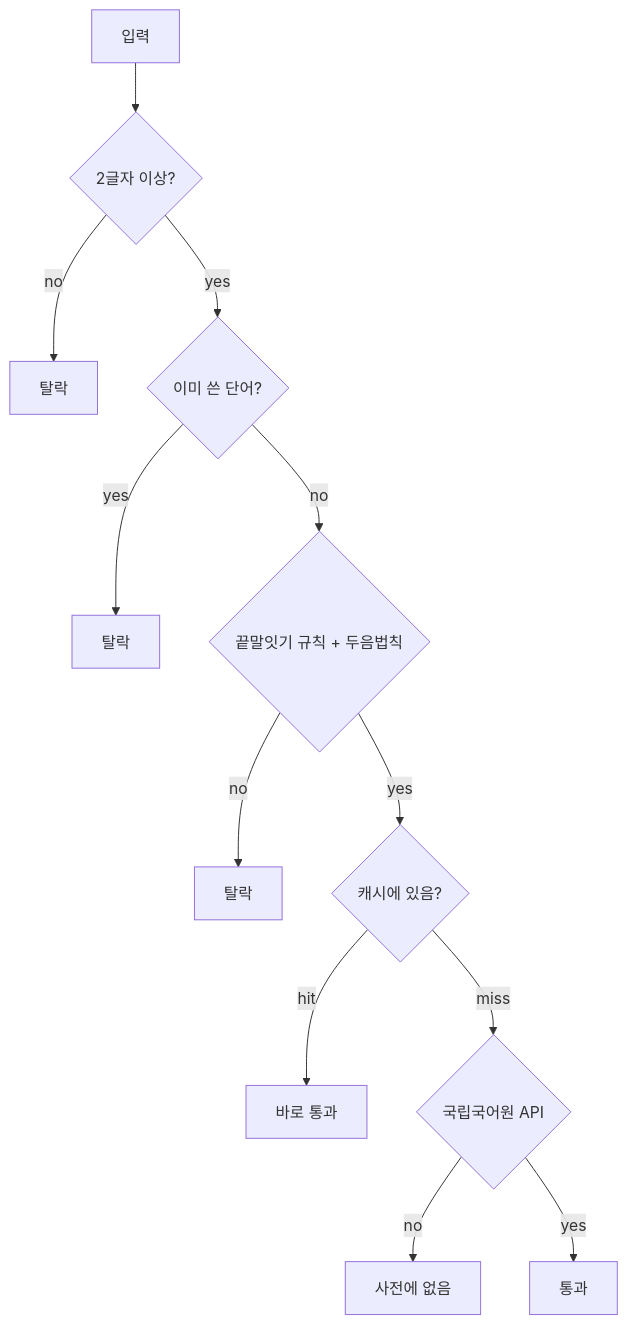
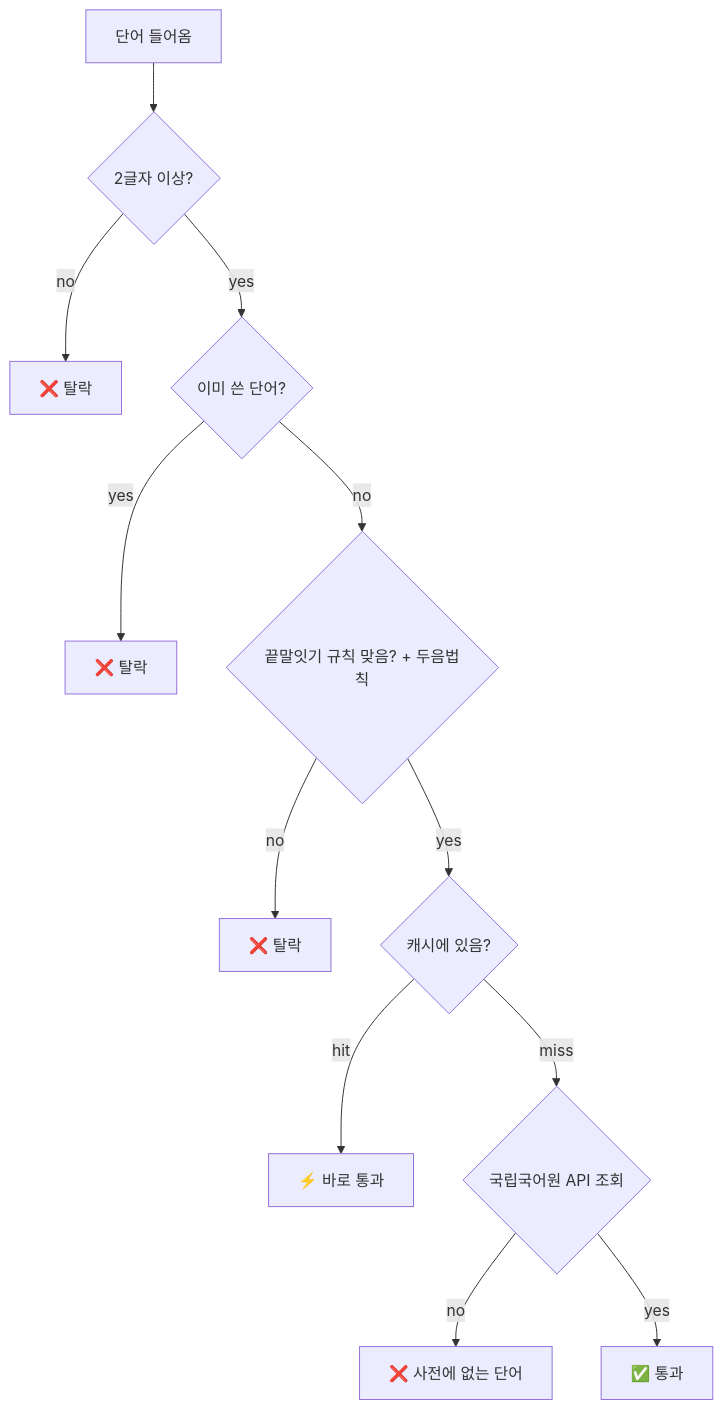
One commit to Technoetic/word-chain-game changed the seventh of 7 diagrams in README.md. Above: the diagram before and after it, drawn with Mermaid. The commit also changed other lines of this file, not shown here.

````diff
--- a/README.md
+++ b/README.md
@@ -125,14 +125,14 @@
 ```mermaid
 flowchart TD
-    A["입력"] --> B{"2글자 이상?"}
-    B -->|no| X1["탈락"]
+    A["단어 들어옴"] --> B{"2글자 이상?"}
+    B -->|no| X1["❌ 탈락"]
     B -->|yes| C{"이미 쓴 단어?"}
-    C -->|yes| X2["탈락"]
-    C -->|no| D{"끝말잇기 규칙 + 두음법칙"}
-    D -->|no| X3["탈락"]
+    C -->|yes| X2["❌ 탈락"]
+    C -->|no| D{"끝말잇기 규칙 맞음? + 두음법칙"}
+    D -->|no| X3["❌ 탈락"]
     D -->|yes| E{"캐시에 있음?"}
-    E -->|hit| F["바로 통과"]
-    E -->|miss| G{"국립국어원 API"}
-    G -->|no| X4["사전에 없음"]
-    G -->|yes| H["통과"]
+    E -->|hit| F["⚡ 바로 통과"]
+    E -->|miss| G{"국립국어원 API 조회"}
+    G -->|no| X4["❌ 사전에 없는 단어"]
+    G -->|yes| H["✅ 통과"]
 ```
````
